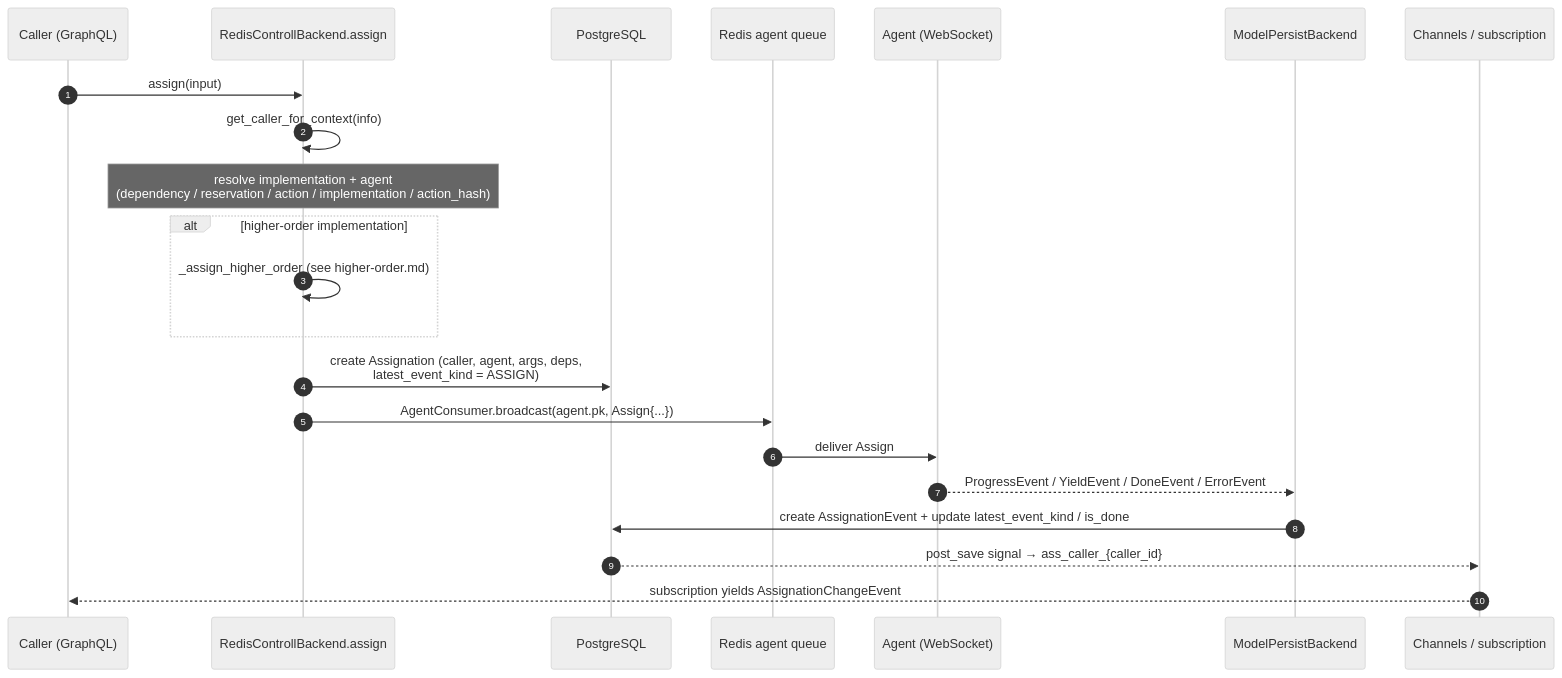
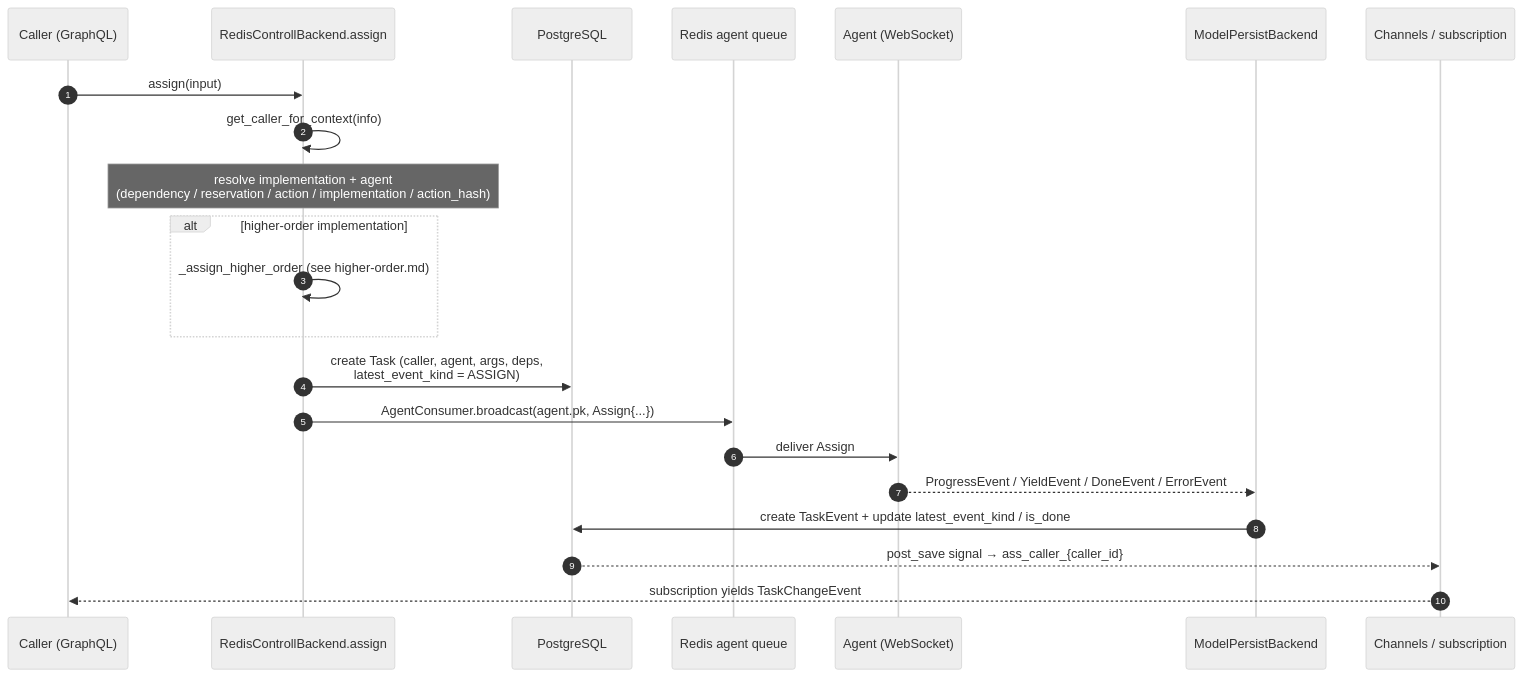
The first of 2 diagrams in docs/design/task-lifecycle.md (arkitektio/rekuest-server-next), drawn with Mermaid (neutral theme) before and after one commit. The commit also changed other lines of this file and 85 other files, not shown here.

````diff
--- a/docs/design/task-lifecycle.md
+++ b/docs/design/task-lifecycle.md
@@ -11,25 +11,25 @@
 ```mermaid
 sequenceDiagram
     autonumber
     participant C as Caller (GraphQL)
     participant BE as RedisControllBackend.assign
     participant DB as PostgreSQL
     participant Q as Redis agent queue
     participant AG as Agent (WebSocket)
     participant PB as ModelPersistBackend
     participant CH as Channels / subscription
 
     C->>BE: assign(input)
     BE->>BE: get_caller_for_context(info)
     Note over BE: resolve implementation + agent<br/>(dependency / reservation / action / implementation / action_hash)
     alt higher-order implementation
         BE->>BE: _assign_higher_order (see higher-order.md)
     end
-    BE->>DB: create Assignation (caller, agent, args, deps,<br/>latest_event_kind = ASSIGN)
+    BE->>DB: create Task (caller, agent, args, deps,<br/>latest_event_kind = ASSIGN)
     BE->>Q: AgentConsumer.broadcast(agent.pk, Assign{...})
     Q->>AG: deliver Assign
     AG-->>PB: ProgressEvent / YieldEvent / DoneEvent / ErrorEvent
-    PB->>DB: create AssignationEvent + update latest_event_kind / is_done
+    PB->>DB: create TaskEvent + update latest_event_kind / is_done
     DB-->>CH: post_save signal → ass_caller_{caller_id}
-    CH-->>C: subscription yields AssignationChangeEvent
+    CH-->>C: subscription yields TaskChangeEvent
 ```
````
